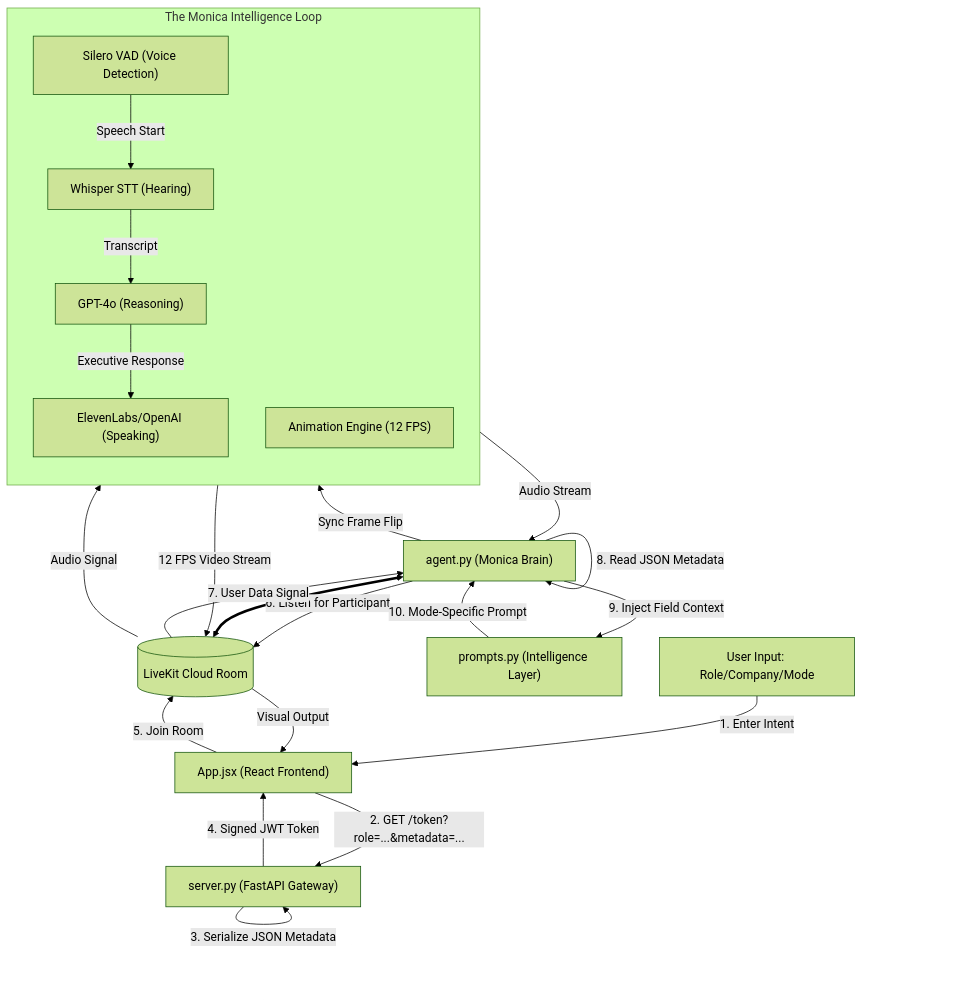
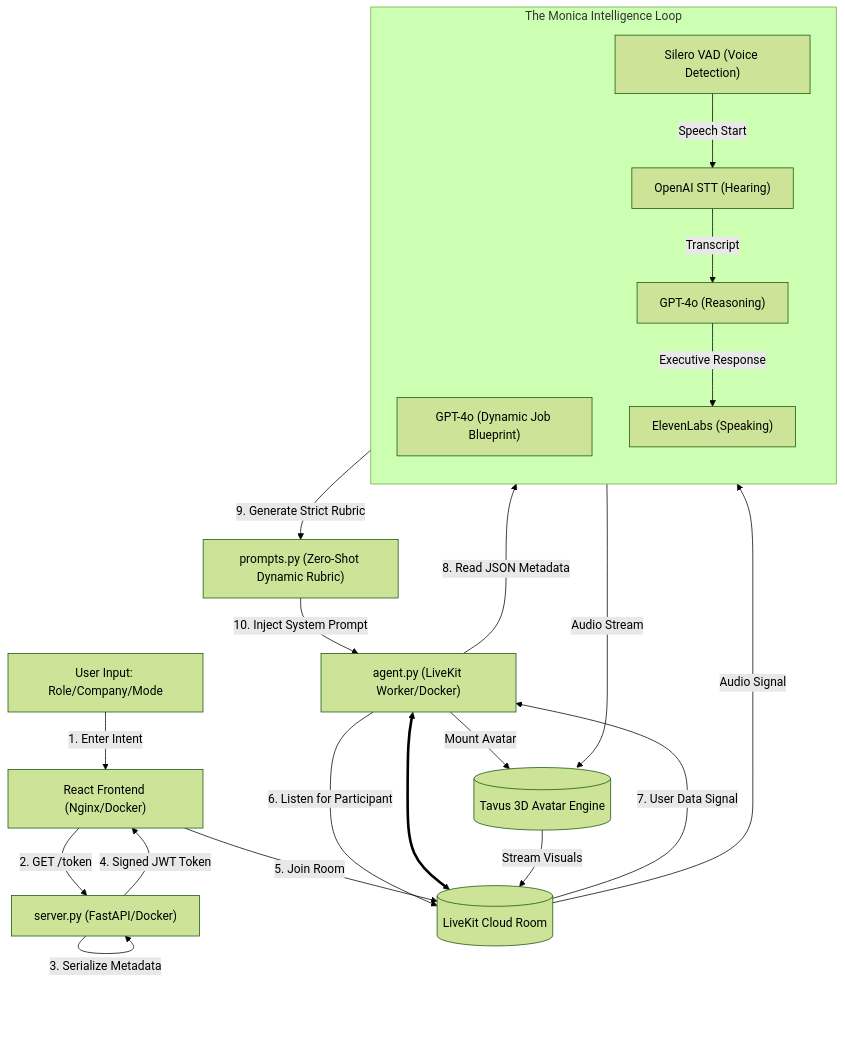
The diagram in ARCHITECTURE.md (Stephen-Agyemang/MoNiCa.Ai), drawn with Mermaid (forest theme) before and after one commit. The commit also changed 26 other files, not shown here.

Commit message:
feat: Containerization, Modular Deconstruction, and Zero-Shot Dynamic Prompt Engine

````diff
--- a/ARCHITECTURE.md
+++ b/ARCHITECTURE.md
@@ -7,45 +7,45 @@
 ```mermaid
 flowchart TD
     %% Node Definitions
     UserInput["User Input: Role/Company/Mode"]
-    AppJSX["App.jsx (React Frontend)"]
-    ServerPY["server.py (FastAPI Gateway)"]
-    AgentPY["agent.py (Monica Brain)"]
-    PromptsPY["prompts.py (Intelligence Layer)"]
+    AppJSX["React Frontend (Nginx/Docker)"]
+    ServerPY["server.py (FastAPI/Docker)"]
+    AgentPY["agent.py (LiveKit Worker/Docker)"]
+    PromptsPY["prompts.py (Zero-Shot Dynamic Rubric)"]
     LKCloud[("LiveKit Cloud Room")]
+    TavusCloud[("Tavus 3D Avatar Engine")]
     
     %% Brain Components (Sub-processes)
     subgraph MonicaBrain [The Monica Intelligence Loop]
         direction TB
+        Blueprint["GPT-4o (Dynamic Job Blueprint)"]
         VAD["Silero VAD (Voice Detection)"]
-        STT["Whisper STT (Hearing)"]
+        STT["OpenAI STT (Hearing)"]
         LLM["GPT-4o (Reasoning)"]
-        TTS["ElevenLabs/OpenAI (Speaking)"]
-        Anim["Animation Engine (12 FPS)"]
+        TTS["ElevenLabs (Speaking)"]
     end
 
     %% Connection Logic (Arrows & Labels)
     UserInput -- "1. Enter Intent" --> AppJSX
-    AppJSX -- "2. GET /token?role=...&metadata=..." --> ServerPY
-    ServerPY -- "3. Serialize JSON Metadata" --> ServerPY
+    AppJSX -- "2. GET /token" --> ServerPY
+    ServerPY -- "3. Serialize Metadata" --> ServerPY
     ServerPY -- "4. Signed JWT Token" --> AppJSX
     AppJSX -- "5. Join Room" --> LKCloud
     AgentPY -- "6. Listen for Participant" --> LKCloud
     
     %% The Secret Sauce (Metadata Pipe)
     LKCloud -- "7. User Data Signal" --> AgentPY
-    AgentPY -- "8. Read JSON Metadata" --> AgentPY
-    AgentPY -- "9. Inject Field Context" --> PromptsPY
-    PromptsPY -- "10. Mode-Specific Prompt" --> AgentPY
+    AgentPY -- "8. Read JSON Metadata" --> Blueprint
+    Blueprint -- "9. Generate Strict Rubric" --> PromptsPY
+    PromptsPY -- "10. Inject System Prompt" --> AgentPY
     
     %% The Intercommunication Loop
     AgentPY <==> LKCloud
+    AgentPY -- "Mount Avatar" --> TavusCloud
+    TavusCloud -- "Stream Visuals" --> LKCloud
     LKCloud -- "Audio Signal" --> VAD
     VAD -- "Speech Start" --> STT
     STT -- "Transcript" --> LLM
     LLM -- "Executive Response" --> TTS
-    TTS -- "Audio Stream" --> AgentPY
-    AgentPY -- "Sync Frame Flip" --> Anim
-    Anim -- "12 FPS Video Stream" --> LKCloud
-    LKCloud -- "Visual Output" --> AppJSX
+    TTS -- "Audio Stream" --> TavusCloud
 ```
````
